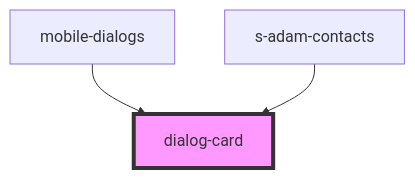
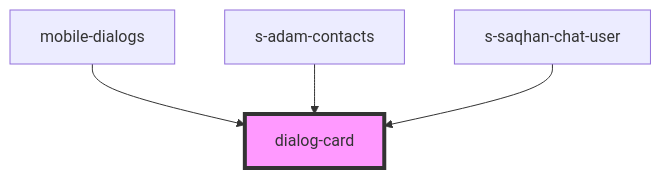
One commit to saqhan/stencil-chat changed the diagram in src/components/shared/dialog-card/readme.md. Above: the diagram before and after it, drawn with Mermaid. The commit also changed other lines of this file and 19 other files, not shown here.

````diff
--- a/src/components/shared/dialog-card/readme.md
+++ b/src/components/shared/dialog-card/readme.md
@@ -31,6 +32,7 @@
 ```mermaid
 graph TD;
   mobile-dialogs --> dialog-card
   s-adam-contacts --> dialog-card
+  s-saqhan-chat-user --> dialog-card
   style dialog-card fill:#f9f,stroke:#333,stroke-width:4px
 ```
````
